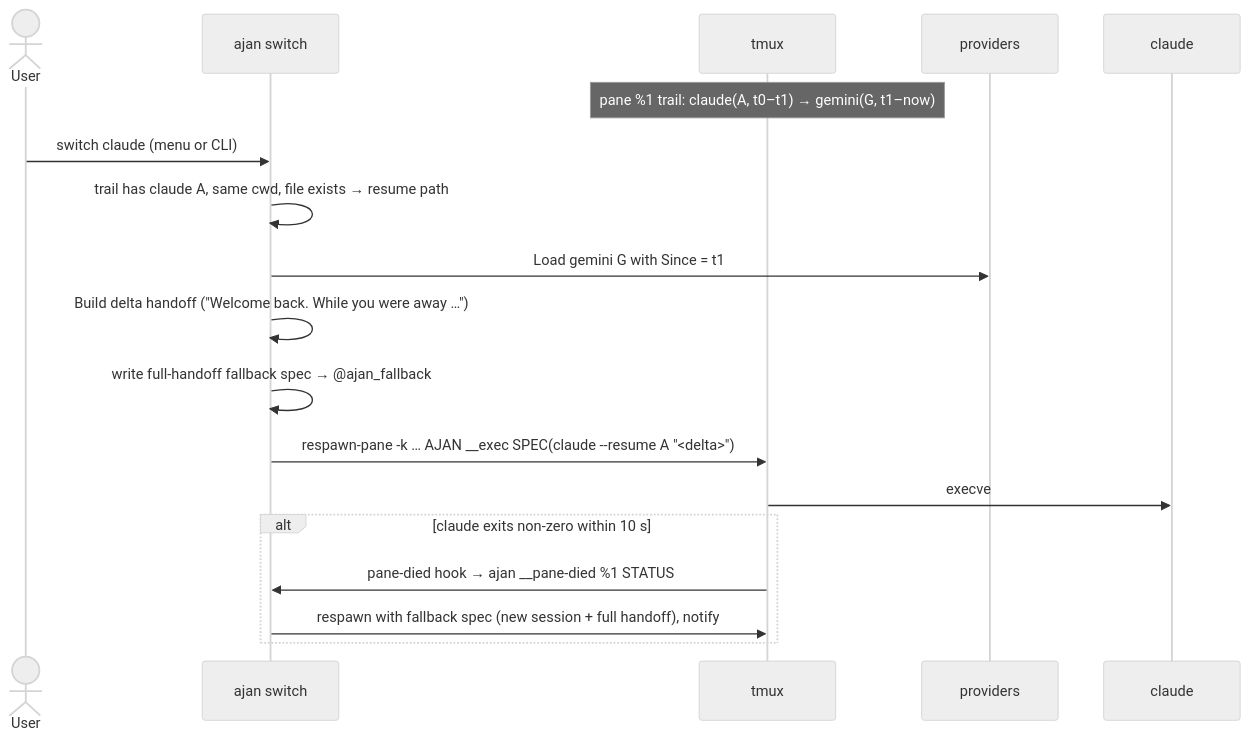
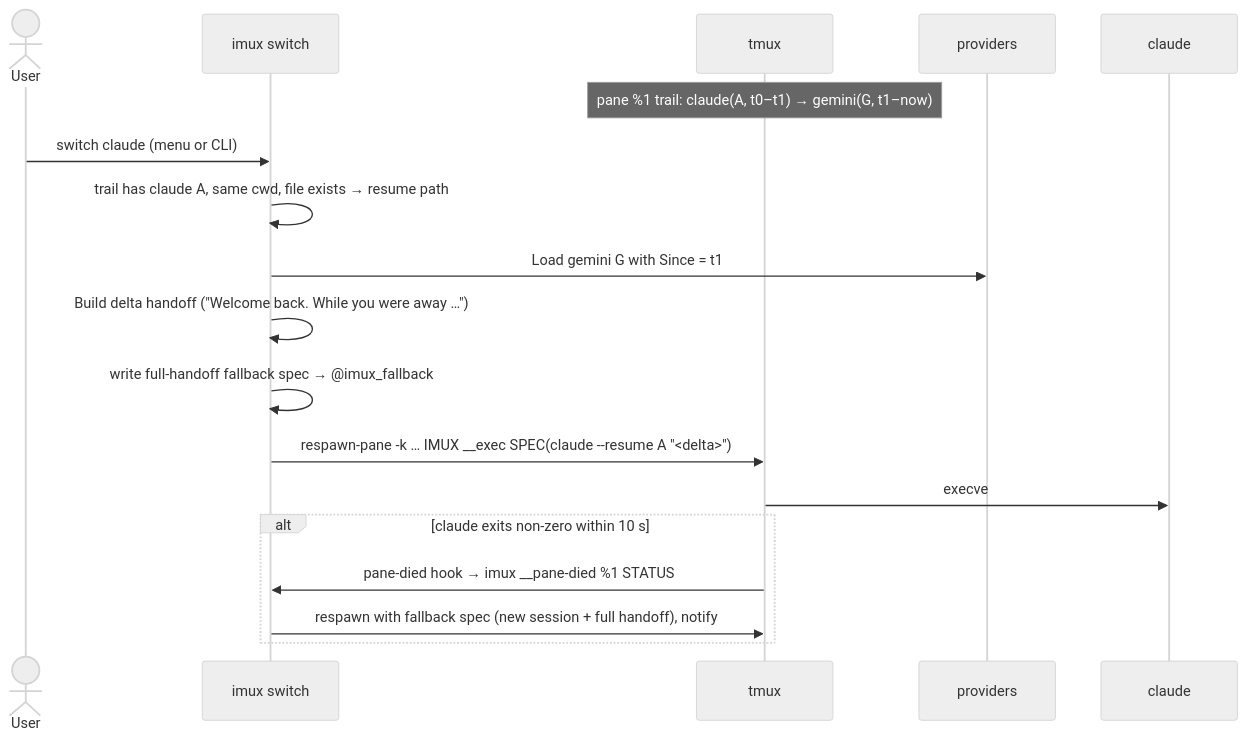
One commit to hamzayogurtcuoglu/i-mux changed the fifth of 9 diagrams in ARCHITECTURE.md. Above: the diagram before and after it, drawn with Mermaid (neutral theme). The commit also changed other lines of this file and 130 other files, not shown here.

First line of the commit message:
Rename ajan to i-mux (command imux)

````diff
--- a/ARCHITECTURE.md
+++ b/ARCHITECTURE.md
@@ -1106,20 +1106,20 @@
 ```mermaid
 sequenceDiagram
   actor U as User
-  participant S as ajan switch
+  participant S as imux switch
   participant T as tmux
   participant P as providers
   participant C as claude
   Note over T: pane %1 trail: claude(A, t0–t1) → gemini(G, t1–now)
   U->>S: switch claude (menu or CLI)
   S->>S: trail has claude A, same cwd, file exists → resume path
   S->>P: Load gemini G with Since = t1
   S->>S: Build delta handoff ("Welcome back. While you were away …")
-  S->>S: write full-handoff fallback spec → @ajan_fallback
-  S->>T: respawn-pane -k … AJAN __exec SPEC(claude --resume A "<delta>")
+  S->>S: write full-handoff fallback spec → @imux_fallback
+  S->>T: respawn-pane -k … IMUX __exec SPEC(claude --resume A "<delta>")
   T->>C: execve
   alt claude exits non-zero within 10 s
-    T->>S: pane-died hook → ajan __pane-died %1 STATUS
+    T->>S: pane-died hook → imux __pane-died %1 STATUS
     S->>T: respawn with fallback spec (new session + full handoff), notify
   end
 ```
````
